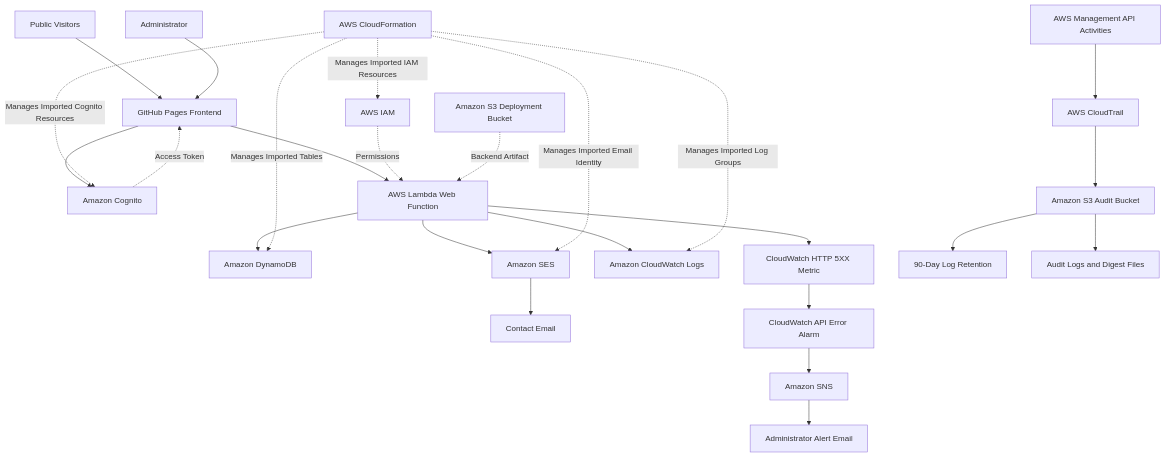
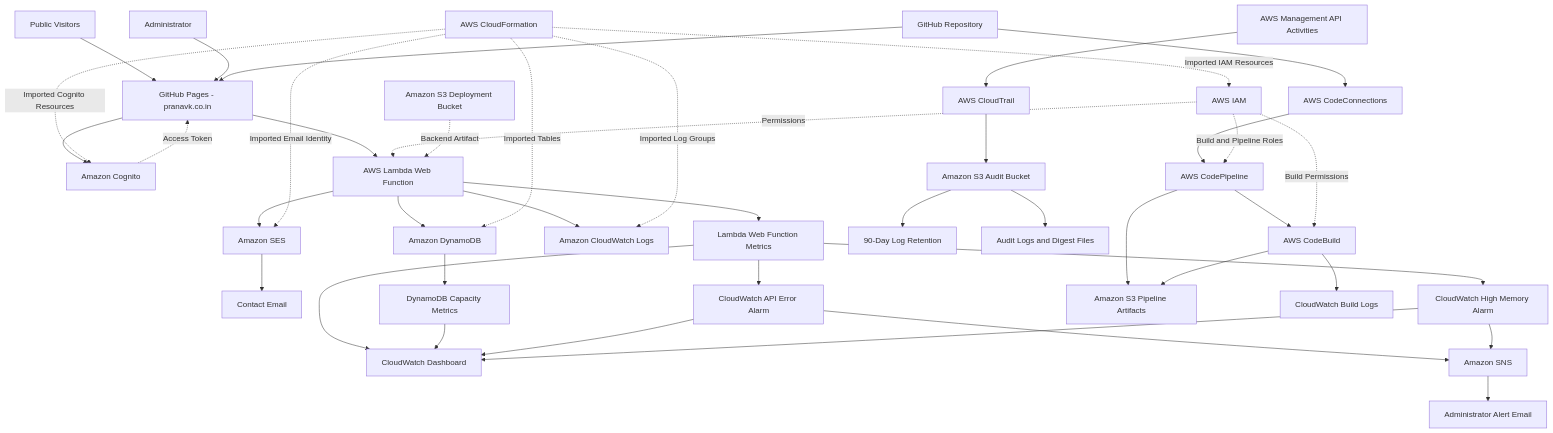
The fourth of 10 diagrams in infrastructure/aws-resource-inventory.md (santhoshpranavk/AWS-Serverless-Student-Portfolio), drawn with Mermaid before and after one commit. The commit also changed other lines of this file, not shown here.

Commit message:
Update AWS infrastructure inventory with 12 services

````diff
--- a/infrastructure/aws-resource-inventory.md
+++ b/infrastructure/aws-resource-inventory.md
@@ -1634,34 +2222,57 @@
 ```mermaid
 flowchart TD
-    U[Public Visitors] --> G[GitHub Pages Frontend]
+    U[Public Visitors] --> G[GitHub Pages - pranavk.co.in]
     A[Administrator] --> G
 
     G --> C[Amazon Cognito]
     C -. Access Token .-> G
 
     G --> L[AWS Lambda Web Function]
 
     L --> D[Amazon DynamoDB]
     L --> E[Amazon SES]
     E --> CE[Contact Email]
 
     I[AWS IAM] -. Permissions .-> L
     S1[Amazon S3 Deployment Bucket] -. Backend Artifact .-> L
 
     L --> W[Amazon CloudWatch Logs]
-    L --> M[CloudWatch HTTP 5XX Metric]
-    M --> AL[CloudWatch API Error Alarm]
-    AL --> N[Amazon SNS]
+    L --> M[Lambda Web Function Metrics]
+    D --> DM[DynamoDB Capacity Metrics]
+
+    M --> DB[CloudWatch Dashboard]
+    DM --> DB
+
+    M --> AL1[CloudWatch API Error Alarm]
+    M --> AL2[CloudWatch High Memory Alarm]
+
+    AL1 --> N[Amazon SNS]
+    AL2 --> N
+
+    AL1 --> DB
+    AL2 --> DB
+
     N --> EM[Administrator Alert Email]
 
     R[AWS Management API Activities] --> T[AWS CloudTrail]
     T --> S2[Amazon S3 Audit Bucket]
     S2 --> P[90-Day Log Retention]
     S2 --> DG[Audit Logs and Digest Files]
 
-    F[AWS CloudFormation] -. Manages Imported Tables .-> D
-    F -. Manages Imported Cognito Resources .-> C
-    F -. Manages Imported IAM Resources .-> I
-    F -. Manages Imported Log Groups .-> W
-    F -. Manages Imported Email Identity .-> E
+    GH[GitHub Repository] --> G
+    GH --> CC[AWS CodeConnections]
+    CC --> CP[AWS CodePipeline]
+    CP --> CB[AWS CodeBuild]
+    CP --> S3[Amazon S3 Pipeline Artifacts]
+    CB --> S3
+    CB --> BL[CloudWatch Build Logs]
+
+    I -. Build and Pipeline Roles .-> CP
+    I -. Build Permissions .-> CB
+
+    F[AWS CloudFormation] -. Imported Tables .-> D
+    F -. Imported Cognito Resources .-> C
+    F -. Imported IAM Resources .-> I
+    F -. Imported Log Groups .-> W
+    F -. Imported Email Identity .-> E
 ```
````
